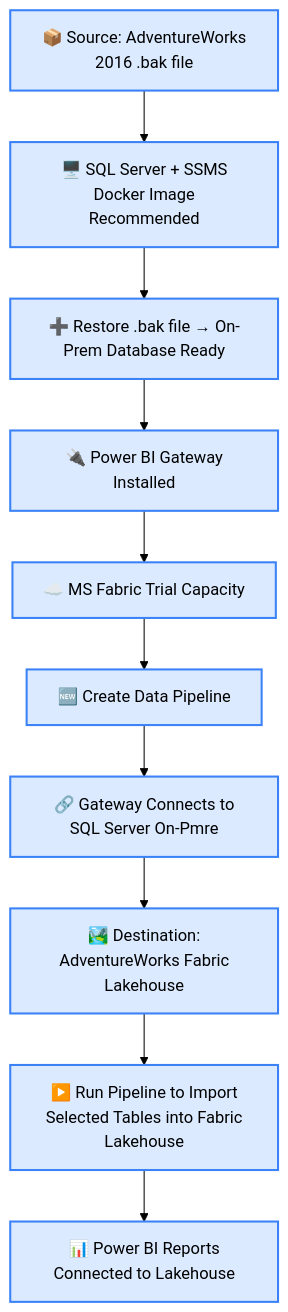
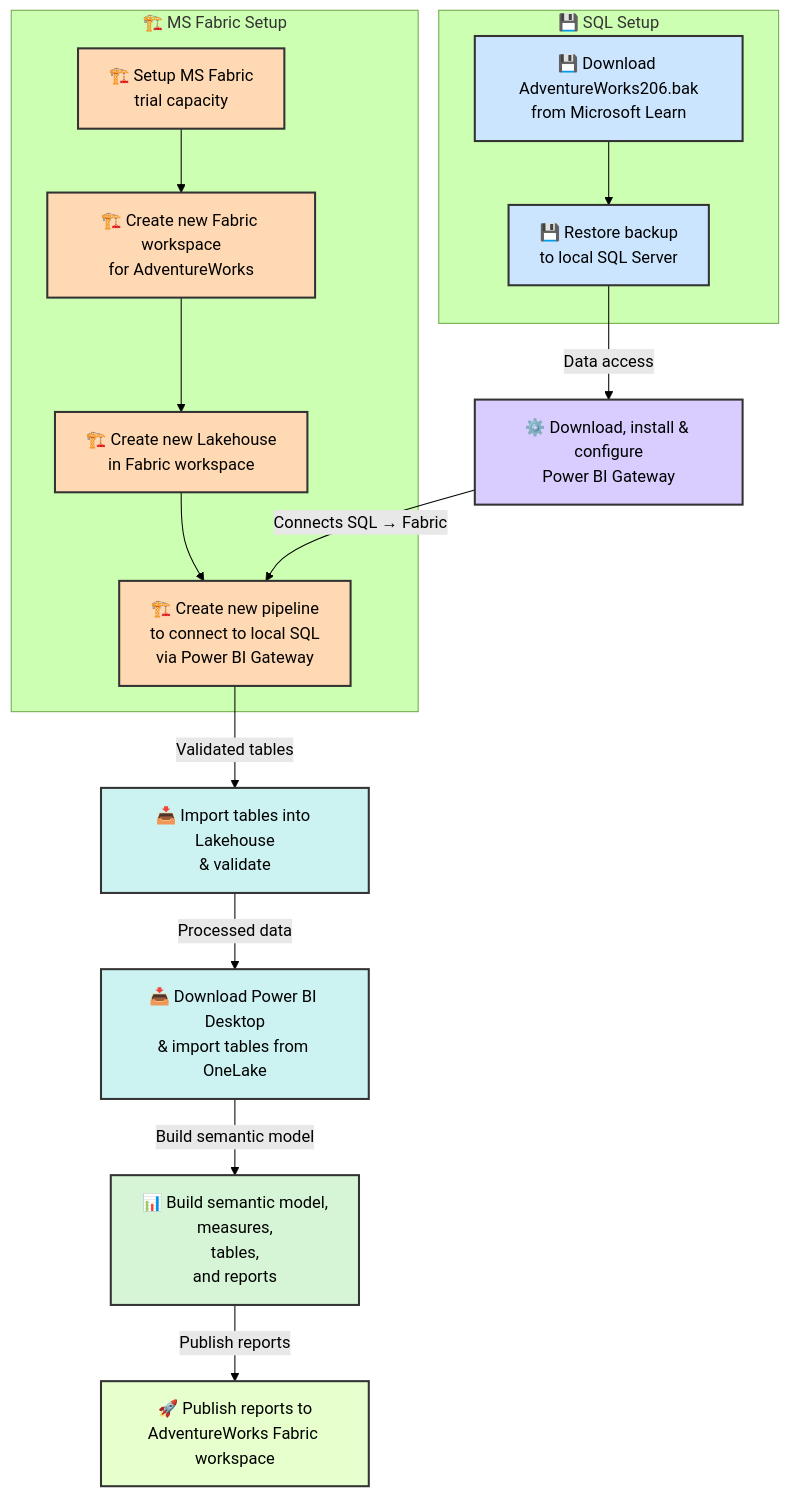
One commit to AwesomeAnil/adventureworks-2016-extended changed the diagram in README.md. Above: the diagram before and after it, drawn with Mermaid (forest theme).

Commit message:
Update README.md
updating workflow

````diff
--- a/README.md
+++ b/README.md
@@ -72,14 +72,39 @@
 ```mermaid
 flowchart TD
-    A[📦 Source: AdventureWorks 2016 .bak file] --> B[🖥️ SQL Server + SSMS Docker Image Recommended]
-    B --> C[➕ Restore .bak file → On-Prem Database Ready]
-    C --> D[🔌 Power BI Gateway Installed]
-    D --> E[☁️ MS Fabric Trial Capacity]
-    E --> F[🆕 Create Data Pipeline]
-    F --> G[🔗 Gateway Connects to SQL Server On-Pmre]
-    G --> H[🏞️ Destination: AdventureWorks Fabric Lakehouse]
-    H --> I[▶️ Run Pipeline to Import Selected Tables into Fabric Lakehouse]
-    I --> J[📊 Power BI Reports Connected to Lakehouse]
-    classDef stage fill:#dbeafe,stroke:#3b82f6,stroke-width:2px,white-space:normal;
-    class A,B,C,D,E,F,G,H,I,J stage;
+    %% Left: SQL Setup
+    subgraph SQL["💾 SQL Setup"]
+        A[💾 Download AdventureWorks206.bak<br>from Microsoft Learn] --> B[💾 Restore backup<br>to local SQL Server]
+    end
+
+    %% Right: Fabric Setup
+    subgraph Fabric["🏗️ MS Fabric Setup"]
+        C[🏗️ Setup MS Fabric<br>trial capacity] --> D[🏗️ Create new Fabric workspace<br>for AdventureWorks]
+        D --> E[🏗️ Create new Lakehouse<br>in Fabric workspace]
+        E --> F[🏗️ Create new pipeline<br>to connect to local SQL<br>via Power BI Gateway]
+    end
+
+    %% Power BI Gateway (common step)
+    B -->|Data access| G[⚙️ Download, install & configure<br>Power BI Gateway] -->|Connects SQL → Fabric| F
+
+    %% Data Import & Reporting (converging)
+    F -->|Validated tables| H[📥 Import tables into Lakehouse<br>& validate]
+    H -->|Processed data| I[📥 Download Power BI Desktop<br>& import tables from OneLake]
+    I -->|Build semantic model| J[📊 Build semantic model,<br>measures,<br>tables,<br>and reports]
+    J -->|Publish reports| K[🚀 Publish reports to<br>AdventureWorks Fabric workspace]
+
+    %% Styling
+    classDef sqlBox fill:#cce5ff,stroke:#333,stroke-width:2px;
+    classDef gatewayBox fill:#d9ccff,stroke:#333,stroke-width:2px;
+    classDef fabricBox fill:#ffd9b3,stroke:#333,stroke-width:2px;
+    classDef importBox fill:#ccf2f2,stroke:#333,stroke-width:2px;
+    classDef reportBox fill:#d6f5d6,stroke:#333,stroke-width:2px;
+    classDef publishBox fill:#e6ffcc,stroke:#333,stroke-width:2px;
+
+    class A,B sqlBox;
+    class C,D,E,F fabricBox;
+    class G gatewayBox;
+    class H,I importBox;
+    class J reportBox;
+    class K publishBox;
+
 ```
````
